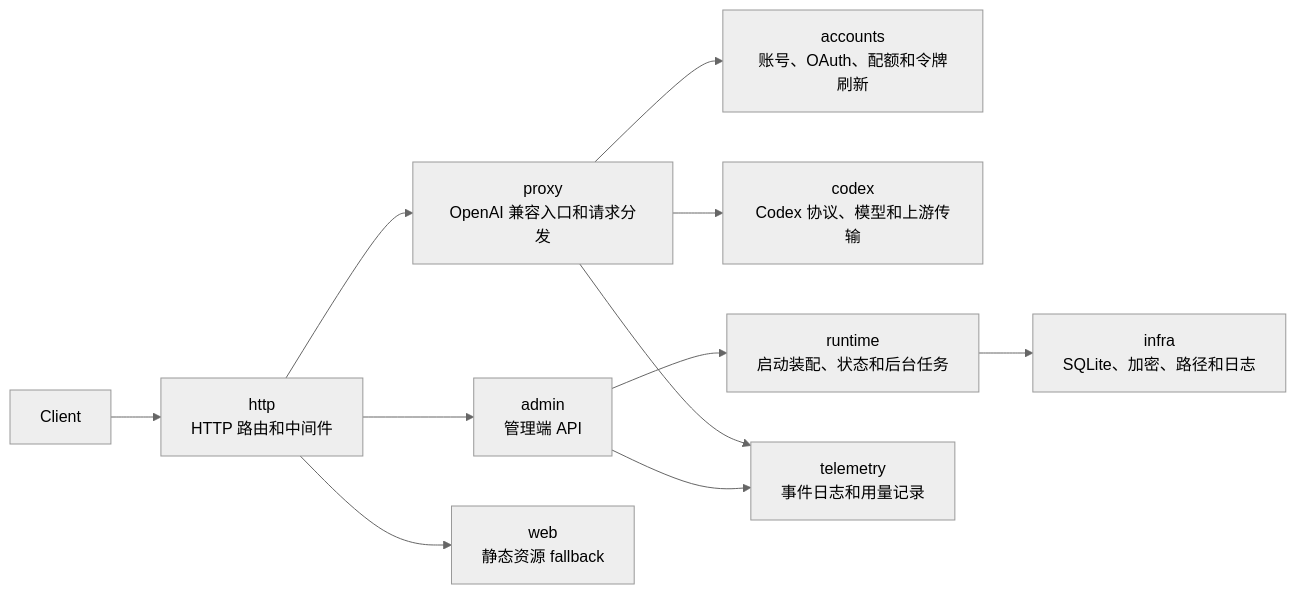
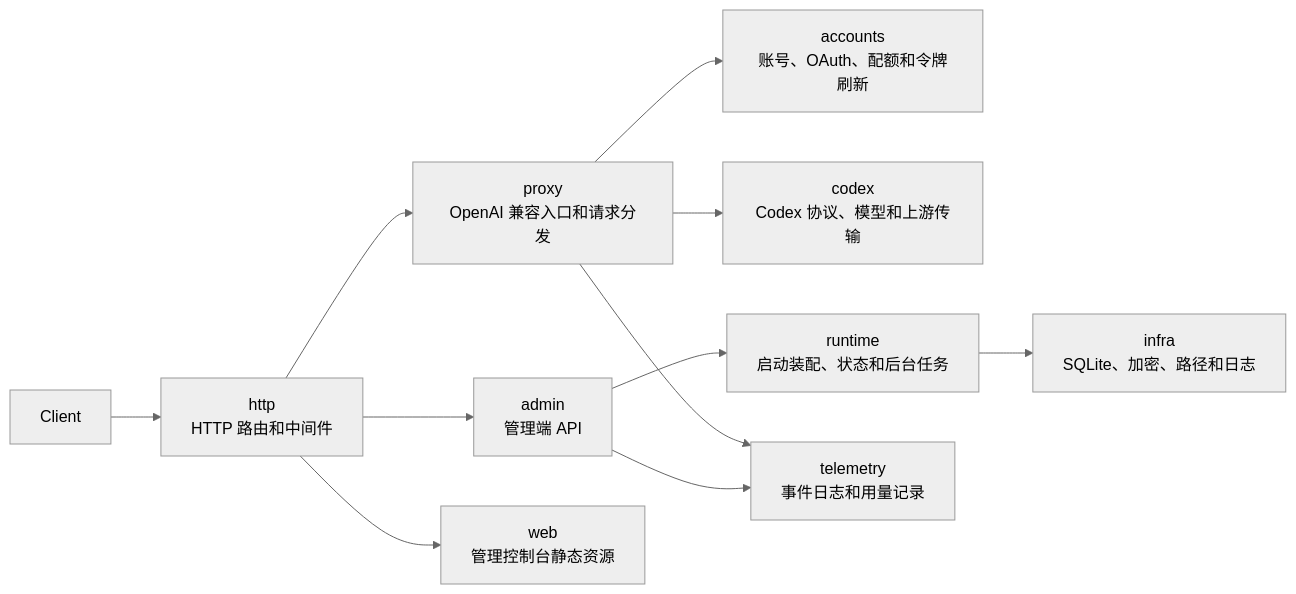
One commit to zyycn/codex-proxy-rs changed the diagram in README.md. Above: the diagram before and after it, drawn with Mermaid (neutral theme). The commit also changed other lines of this file, not shown here.

````diff
--- a/README.md
+++ b/README.md
@@ -41,13 +140,13 @@
 ```mermaid
 flowchart LR
     client[Client] --> http[http<br/>HTTP 路由和中间件]
     http --> proxy[proxy<br/>OpenAI 兼容入口和请求分发]
     proxy --> accounts[accounts<br/>账号、OAuth、配额和令牌刷新]
     proxy --> codex[codex<br/>Codex 协议、模型和上游传输]
     http --> admin[admin<br/>管理端 API]
     admin --> runtime[runtime<br/>启动装配、状态和后台任务]
     runtime --> infra[infra<br/>SQLite、加密、路径和日志]
     proxy --> telemetry[telemetry<br/>事件日志和用量记录]
     admin --> telemetry
-    http --> web[web<br/>静态资源 fallback]
+    http --> web[web<br/>管理控制台静态资源]
 ```
````
